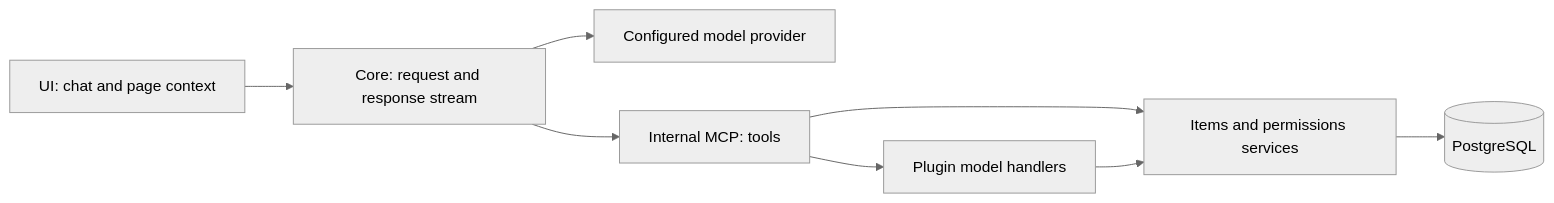
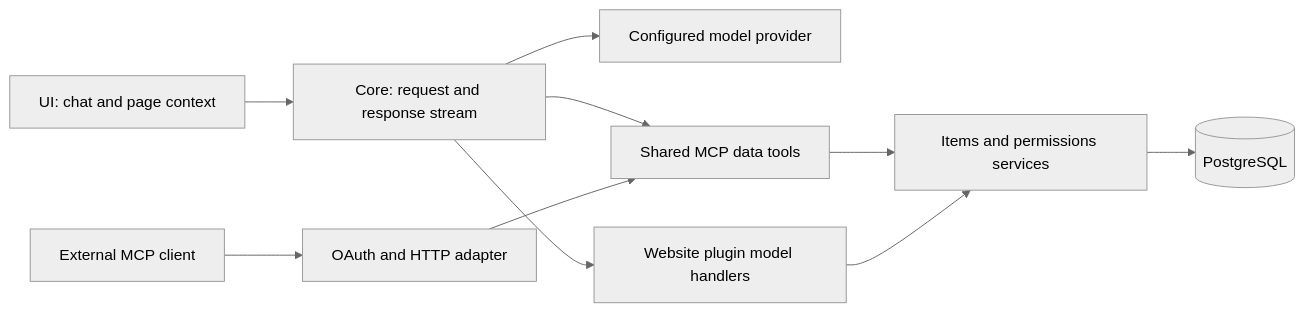
Before and after one commit to Asmblyr/Collaborative: the diagram in docs/development/assistant-architecture.md, drawn with Mermaid (neutral theme). The commit also changed other lines of this file and 60 other files, not shown here.

Commit message:
feat: add user-scoped external MCP with shared assistant tools

````diff
--- a/docs/development/assistant-architecture.md
+++ b/docs/development/assistant-architecture.md
@@ -9,10 +9,12 @@
 ```mermaid
 flowchart LR
   UI[UI: chat and page context] --> Core[Core: request and response stream]
   Core --> Provider[Configured model provider]
-  Core --> MCP[Internal MCP: tools]
+  Core --> MCP[Shared MCP data tools]
+  External[External MCP client] --> HTTP[OAuth and HTTP adapter]
+  HTTP --> MCP
   MCP --> Items[Items and permissions services]
-  MCP --> Model[Plugin model handlers]
+  Core --> Model[Website plugin model handlers]
   Model --> Items
   Items --> DB[(PostgreSQL)]
 ```
````
